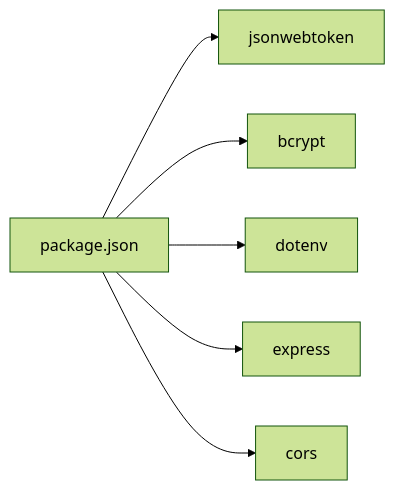
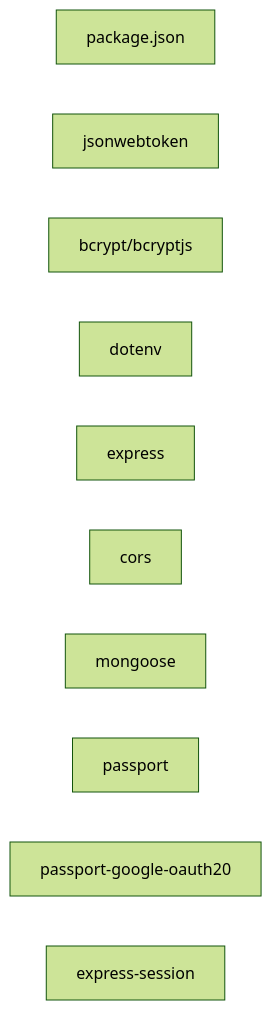
One commit to ganesh-NB/readsphere changed the eighth of 8 diagrams in .qoder/repowiki/en/content/Authentication and Authorization/Authentication and Authorization.md. Above: the diagram before and after it, drawn with Mermaid (forest theme). The commit also changed other lines of this file and 46 other files, not shown here.

````diff
--- a/.qoder/repowiki/en/content/Authentication and Authorization/Authentication and Authorization.md
+++ b/.qoder/repowiki/en/content/Authentication and Authorization/Authentication and Authorization.md
@@ -280,14 +360,13 @@
 ```mermaid
 graph LR
 PKG["package.json"]
 JWT["jsonwebtoken"]
-BC["bcrypt"]
+BC["bcrypt/bcryptjs"]
 DOT["dotenv"]
 EXP["express"]
 CRS["cors"]
-PKG --> JWT
-PKG --> BC
-PKG --> DOT
-PKG --> EXP
-PKG --> CRS
+MONGOOSE["mongoose"]
+PASSPORT["passport"]
+GOOGLE_OAUTH["passport-google-oauth20"]
+SESSION["express-session"]
 ```
````
